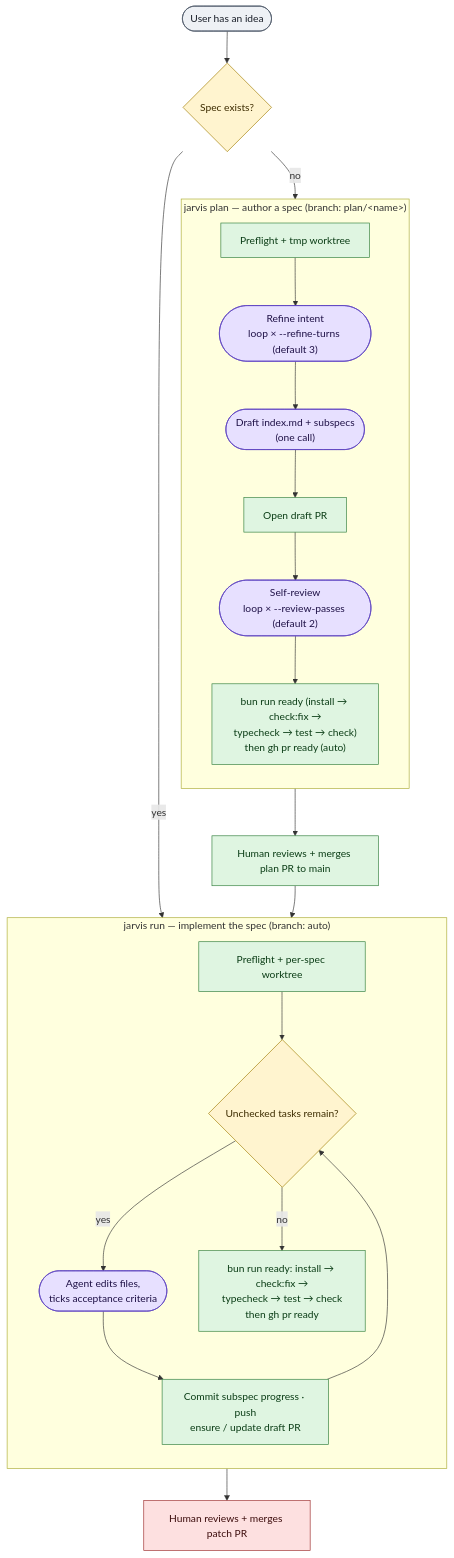
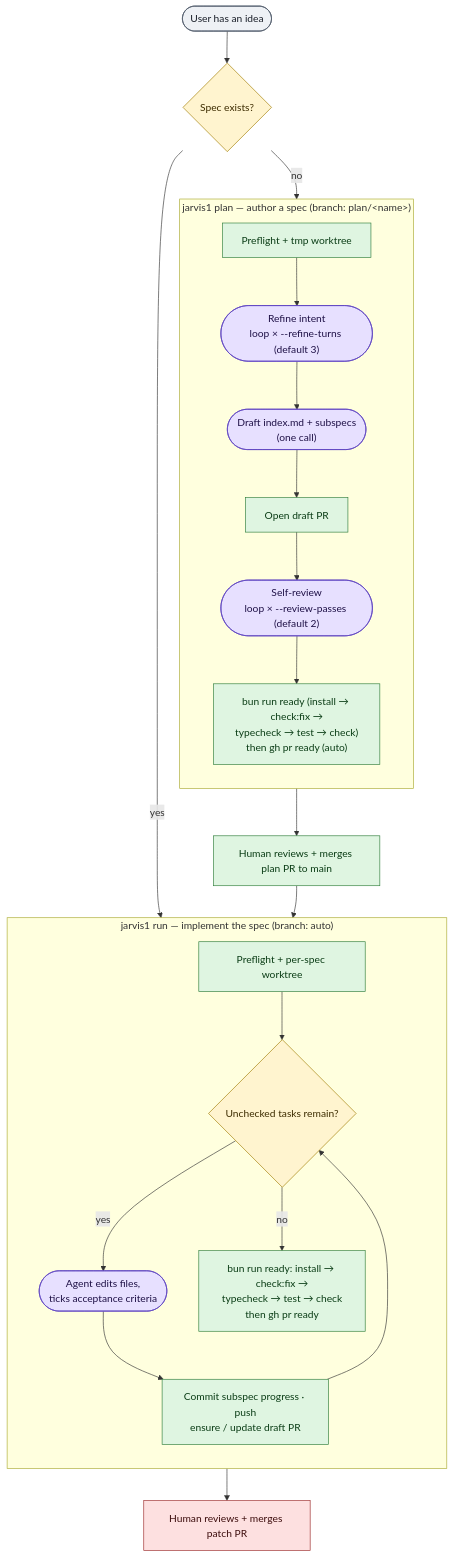
Before and after one commit to cbrenner04/jarvis: the second of 5 diagrams in v1/docs/workflows.md, drawn with Mermaid. The commit also changed other lines of this file and 9 other files, not shown here.

````diff
--- a/v1/docs/workflows.md
+++ b/v1/docs/workflows.md
@@ -45,38 +45,38 @@
 ```mermaid
 flowchart TD
   start([User has an idea]):::neutral
   start --> planQ{"Spec exists?"}:::dec
   planQ -- yes --> runEntry
   planQ -- no --> planEntry
 
-  subgraph planMode["jarvis plan — author a spec (branch: plan/&lt;name&gt;)"]
+  subgraph planMode["jarvis1 plan — author a spec (branch: plan/&lt;name&gt;)"]
     direction TB
     planEntry["Preflight + tmp worktree"]:::det
     planEntry --> refine(["Refine intent<br/>loop × --refine-turns (default 3)"]):::llm
     refine --> draft(["Draft index.md + subspecs<br/>(one call)"]):::llm
     draft --> openDraft["Open draft PR"]:::det
     openDraft --> review(["Self-review<br/>loop × --review-passes (default 2)"]):::llm
      review --> markReady["bun run ready (install → check:fix →<br/>typecheck → test → check)<br/>then gh pr ready (auto)"]:::det
   end
 
   markReady --> handoff["Human reviews + merges plan PR to main"]:::det
   handoff --> runEntry
 
-  subgraph patchMode["jarvis run — implement the spec (branch: auto)"]
+  subgraph patchMode["jarvis1 run — implement the spec (branch: auto)"]
     direction TB
     runEntry["Preflight + per-spec worktree"]:::det
     runEntry --> iterLoop{"Unchecked tasks remain?"}:::dec
     iterLoop -- yes --> agentCall(["Agent edits files,<br/>ticks acceptance criteria"]):::llm
     agentCall --> commit["Commit subspec progress · push<br/>ensure / update draft PR"]:::det
     commit --> iterLoop
     iterLoop -- no -->    patchReady["bun run ready: install → check:fix →<br/>typecheck → test → check<br/>then gh pr ready"]:::det
   end
 
   patchReady --> done["Human reviews + merges patch PR"]:::stop
 
   classDef det fill:#dff5e1,stroke:#2f7d3a,color:#0b3d16;
   classDef llm fill:#e7e0ff,stroke:#5b3fc0,color:#1f1147;
   classDef dec fill:#fff4cf,stroke:#a07b00,color:#3d2c00;
   classDef stop fill:#fde0e0,stroke:#9c2a2a,color:#3d0d0d;
   classDef neutral fill:#eef1f5,stroke:#4a5566,color:#1a1f29;
 ```
````
